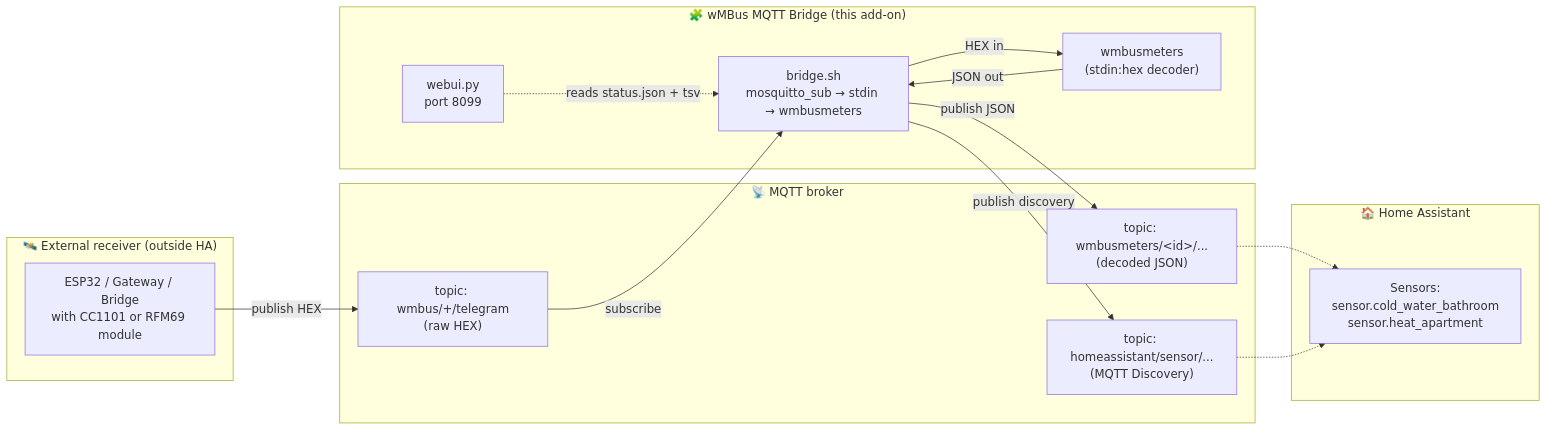
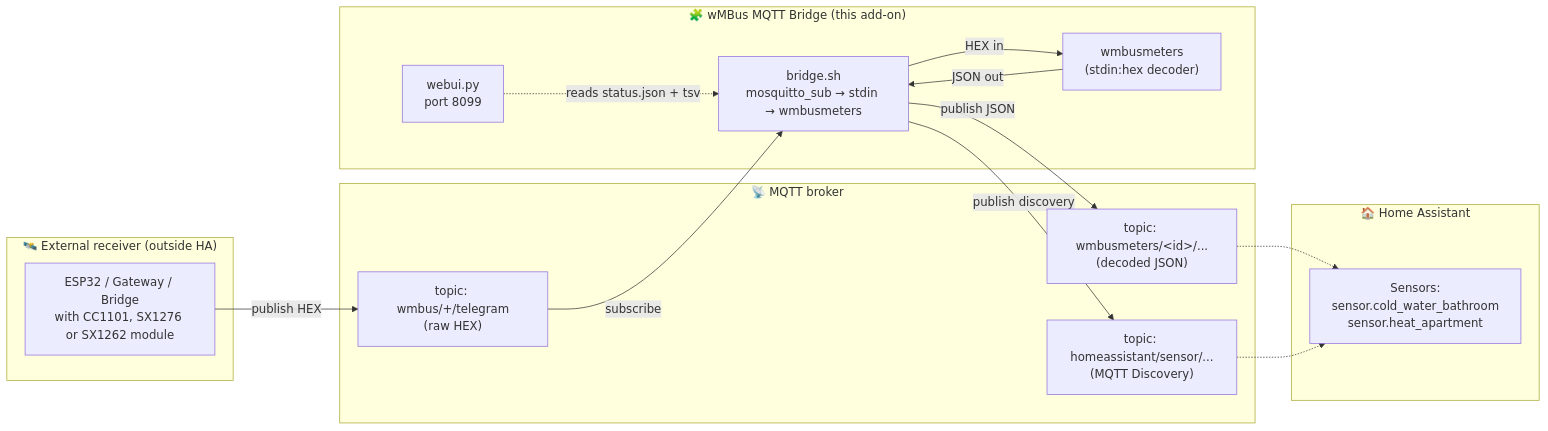
The first of 7 diagrams in docs/README.en.md (Kustonium/homeassistant-wmbus-mqtt-bridge), drawn with Mermaid before and after one commit. The commit also changed other lines of this file and 10 other files, not shown here.

````diff
--- a/docs/README.en.md
+++ b/docs/README.en.md
@@ -50,33 +52,33 @@
 ```mermaid
 %%{init: {'theme':'default'}}%%
 flowchart LR
   subgraph EXT["🛰️ External receiver (outside HA)"]
-    A1["ESP32 / Gateway / Bridge<br/>with CC1101 or RFM69 module"]
+    A1["ESP32 / Gateway / Bridge<br/>with CC1101, SX1276 or SX1262 module"]
   end
 
   subgraph BROKER["📡 MQTT broker"]
     B1["topic: wmbus/+/telegram<br/>(raw HEX)"]
     B2["topic: wmbusmeters/&lt;id&gt;/...<br/>(decoded JSON)"]
     B3["topic: homeassistant/sensor/...<br/>(MQTT Discovery)"]
   end
 
   subgraph ADDON["🧩 wMBus MQTT Bridge (this add-on)"]
     C1["bridge.sh<br/>mosquitto_sub → stdin → wmbusmeters"]
     C2["wmbusmeters<br/>(stdin:hex decoder)"]
     C3["webui.py<br/>port 8099"]
     C1 -- "HEX in" --> C2
     C2 -- "JSON out" --> C1
     C3 -. "reads status.json + tsv" .-> C1
   end
 
   subgraph HA["🏠 Home Assistant"]
     D1["Sensors:<br/>sensor.cold_water_bathroom<br/>sensor.heat_apartment"]
   end
 
   A1 -- "publish HEX" --> B1
   B1 -- "subscribe" --> C1
   C1 -- "publish JSON" --> B2
   C1 -- "publish discovery" --> B3
   B2 -.-> D1
   B3 -.-> D1
 ```
````
